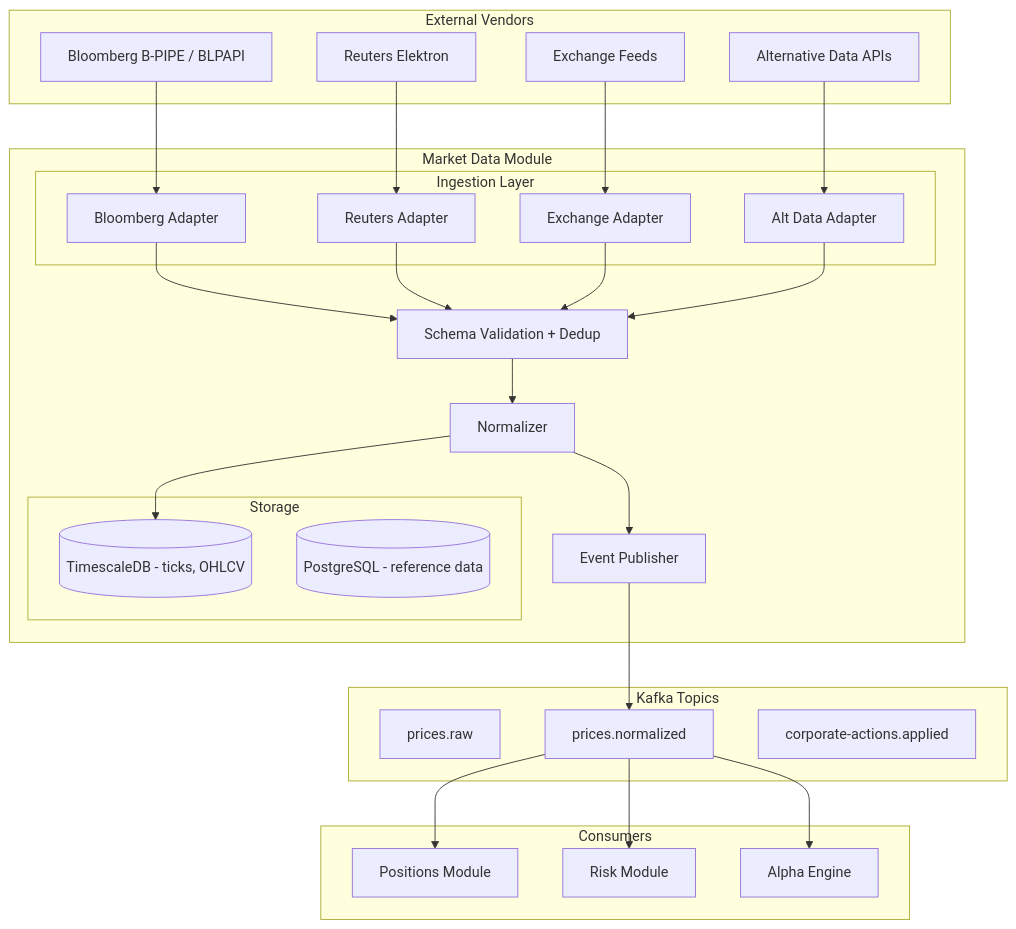
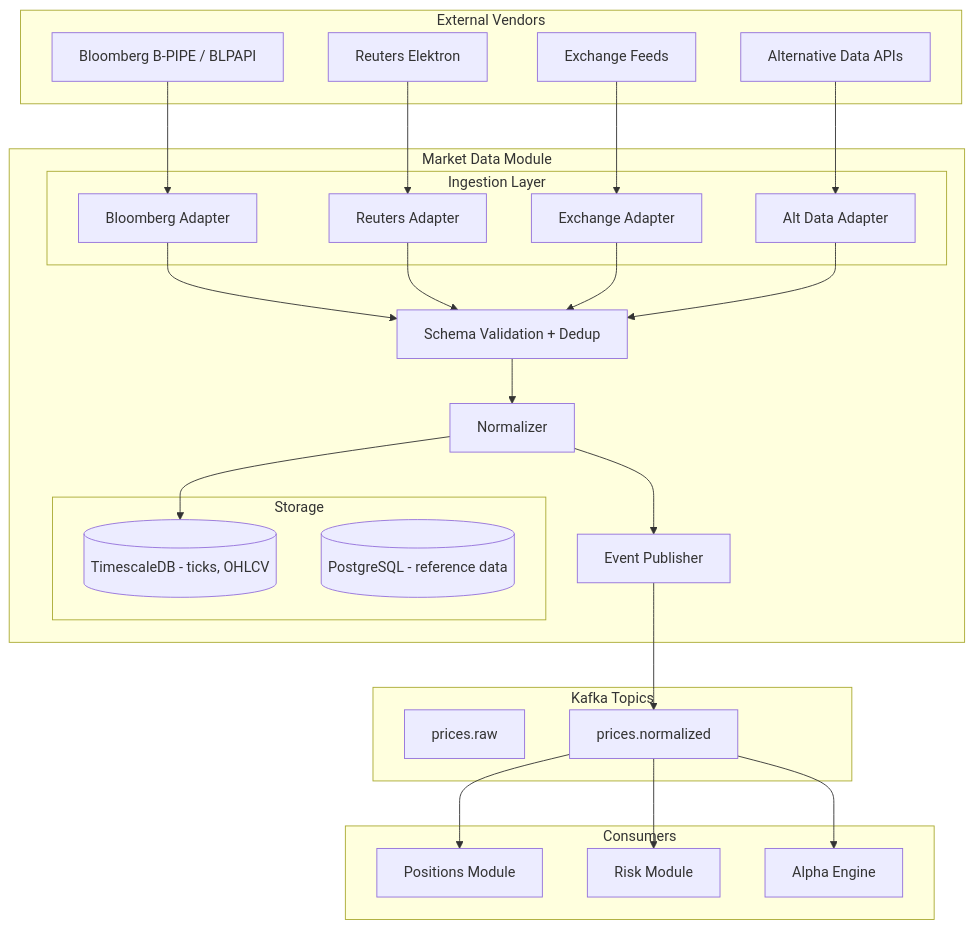
The diagram in systems/hedge-fund-desk/market-data-ingestion.md (brunoprela/design), drawn with Mermaid before and after one commit. The commit also changed other lines of this file and 30 other files, not shown here.

````diff
--- a/systems/hedge-fund-desk/market-data-ingestion.md
+++ b/systems/hedge-fund-desk/market-data-ingestion.md
@@ -21,58 +21,57 @@
 ```mermaid
 graph TD
     subgraph "External Vendors"
         BB[Bloomberg B-PIPE / BLPAPI]
         RT[Reuters Elektron]
         EX[Exchange Feeds]
         ALT[Alternative Data APIs]
     end
 
     subgraph "Market Data Module"
         subgraph "Ingestion Layer"
             ACL_BB[Bloomberg Adapter]
             ACL_RT[Reuters Adapter]
             ACL_EX[Exchange Adapter]
             ACL_ALT[Alt Data Adapter]
         end
 
         VAL[Schema Validation + Dedup]
         NORM[Normalizer]
 
         subgraph "Storage"
             TS[(TimescaleDB - ticks, OHLCV)]
             PG[(PostgreSQL - reference data)]
         end
 
         PUB[Event Publisher]
     end
 
     subgraph "Kafka Topics"
         T1[prices.raw]
         T2[prices.normalized]
-        T3[corporate-actions.applied]
     end
 
     subgraph "Consumers"
         POS[Positions Module]
         RISK[Risk Module]
         ALPHA[Alpha Engine]
     end
 
     BB --> ACL_BB
     RT --> ACL_RT
     EX --> ACL_EX
     ALT --> ACL_ALT
 
     ACL_BB --> VAL
     ACL_RT --> VAL
     ACL_EX --> VAL
     ACL_ALT --> VAL
 
     VAL --> NORM
     NORM --> TS
     NORM --> PUB
     PUB --> T2
     T2 --> POS
     T2 --> RISK
     T2 --> ALPHA
 ```
````
